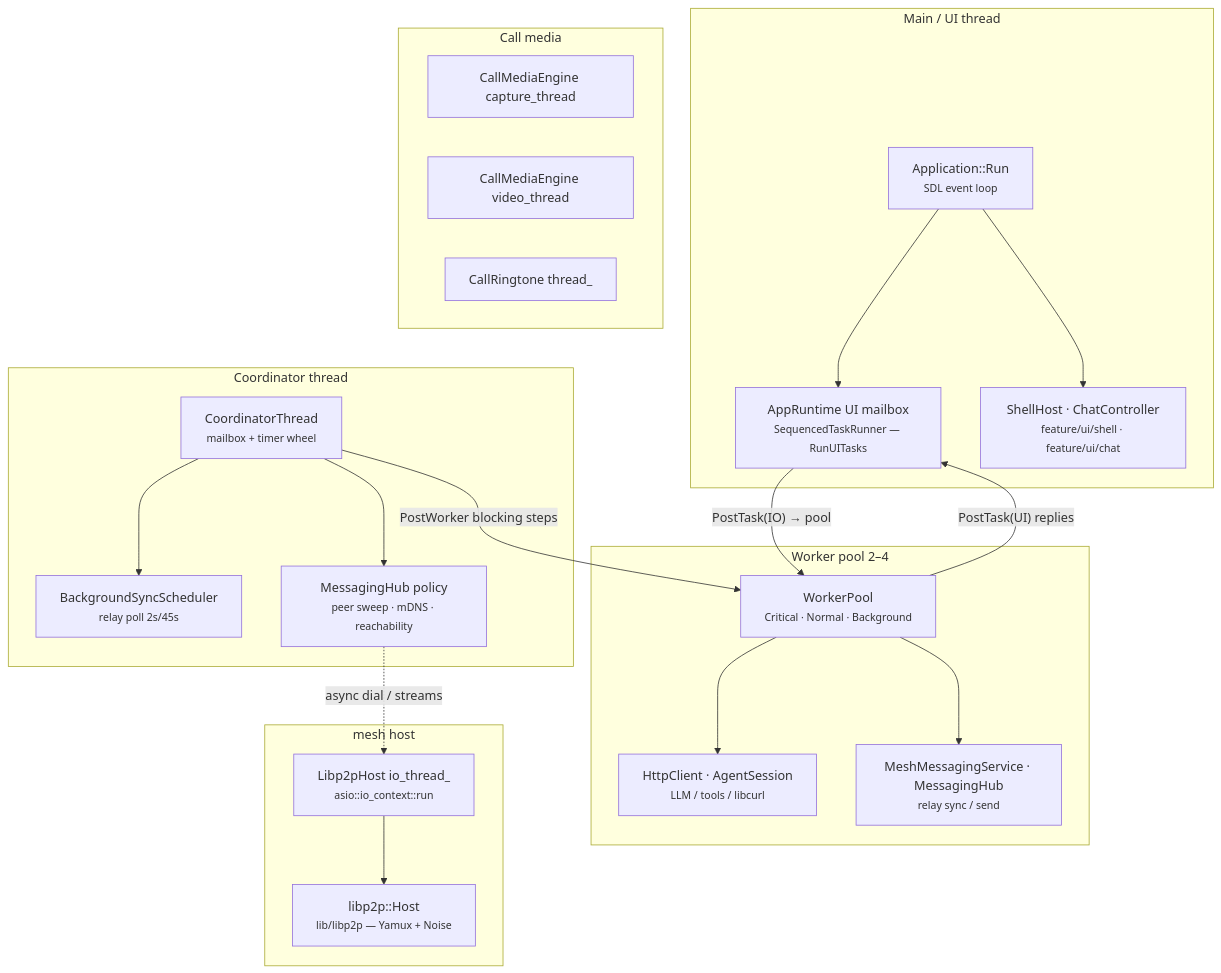
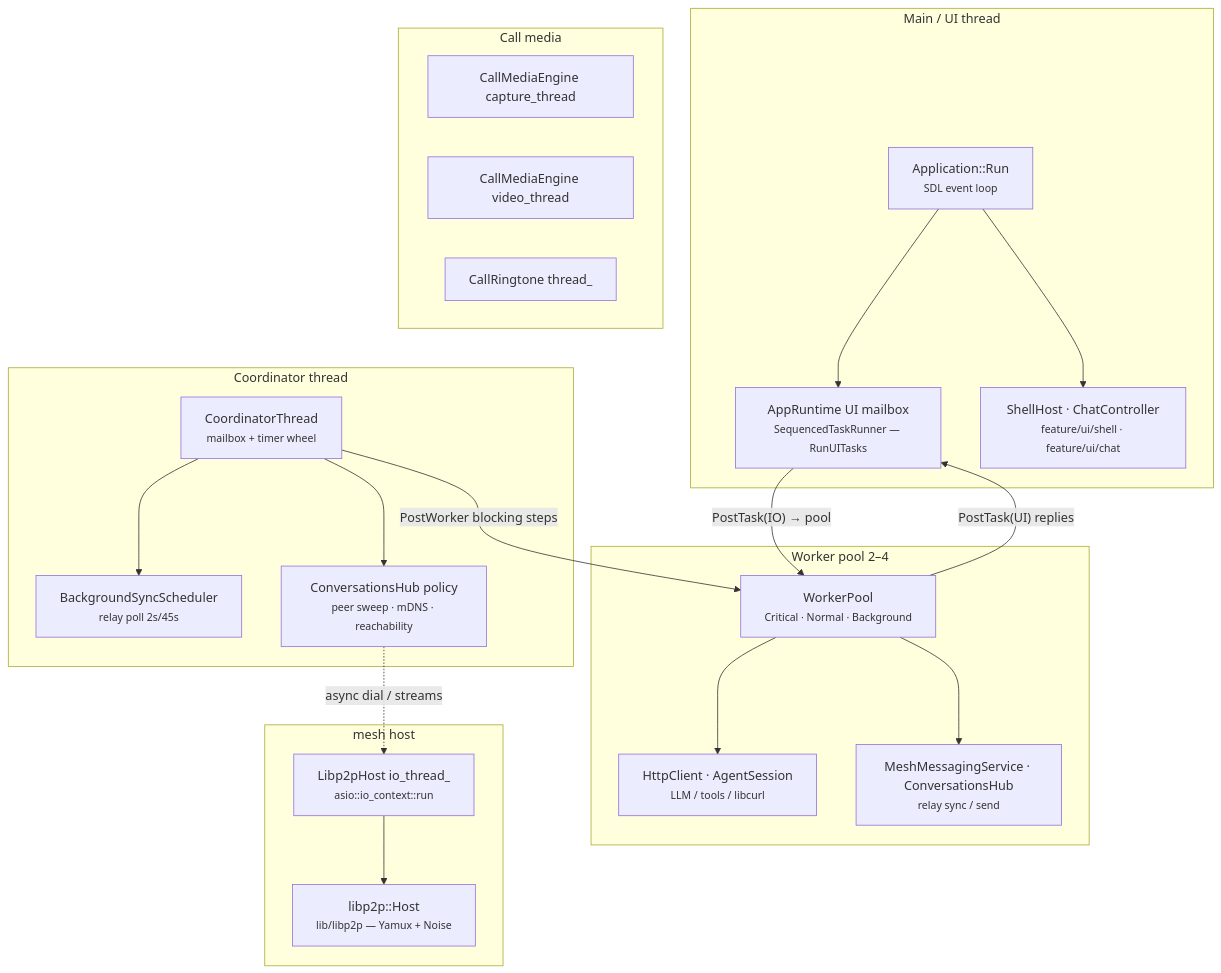
Before and after one commit to people-post/pp-browser: the fourth of 4 diagrams in docs/architecture/RUNTIME_COMPOSITION.md, drawn with Mermaid. The commit also changed other lines of this file and 280 other files, not shown here.

First line of the commit message:
refactor: rename feature/messaging to feature/conversations

````diff
--- a/docs/architecture/RUNTIME_COMPOSITION.md
+++ b/docs/architecture/RUNTIME_COMPOSITION.md
@@ -235,43 +235,43 @@
 ```mermaid
 flowchart TB
   subgraph main["Main / UI thread"]
     SDL["Application::Run<br/><small>SDL event loop</small>"]
     UIQ["AppRuntime UI mailbox<br/><small>SequencedTaskRunner — RunUITasks</small>"]
     ShellTick["ShellHost · ChatController<br/><small>feature/ui/shell · feature/ui/chat</small>"]
     SDL --> UIQ
     SDL --> ShellTick
   end
 
   subgraph coord["Coordinator thread"]
     Coord["CoordinatorThread<br/><small>mailbox + timer wheel</small>"]
     RelayPoll["BackgroundSyncScheduler<br/><small>relay poll 2s/45s</small>"]
-    HubPolicy["MessagingHub policy<br/><small>peer sweep · mDNS · reachability</small>"]
+    HubPolicy["ConversationsHub policy<br/><small>peer sweep · mDNS · reachability</small>"]
     Coord --> RelayPoll
     Coord --> HubPolicy
   end
 
   subgraph pool["Worker pool 2–4"]
     Pool["WorkerPool<br/><small>Critical · Normal · Background</small>"]
     Http["HttpClient · AgentSession<br/><small>LLM / tools / libcurl</small>"]
-    P2pWork["MeshMessagingService · MessagingHub<br/><small>relay sync / send</small>"]
+    P2pWork["MeshMessagingService · ConversationsHub<br/><small>relay sync / send</small>"]
     Pool --> Http
     Pool --> P2pWork
   end
 
   subgraph libp2p_stack["mesh host"]
     LpIo["Libp2pHost io_thread_<br/><small>asio::io_context::run</small>"]
     Host["libp2p::Host<br/><small>lib/libp2p — Yamux + Noise</small>"]
     LpIo --> Host
   end
 
   subgraph media_stack["Call media"]
     Cap["CallMediaEngine capture_thread"]
     Vid["CallMediaEngine video_thread"]
     Ring["CallRingtone thread_"]
   end
 
   UIQ -->|"PostTask(IO) → pool"| Pool
   Pool -->|"PostTask(UI) replies"| UIQ
   Coord -->|"PostWorker blocking steps"| Pool
   HubPolicy -.->|"async dial / streams"| LpIo
 ```
````
